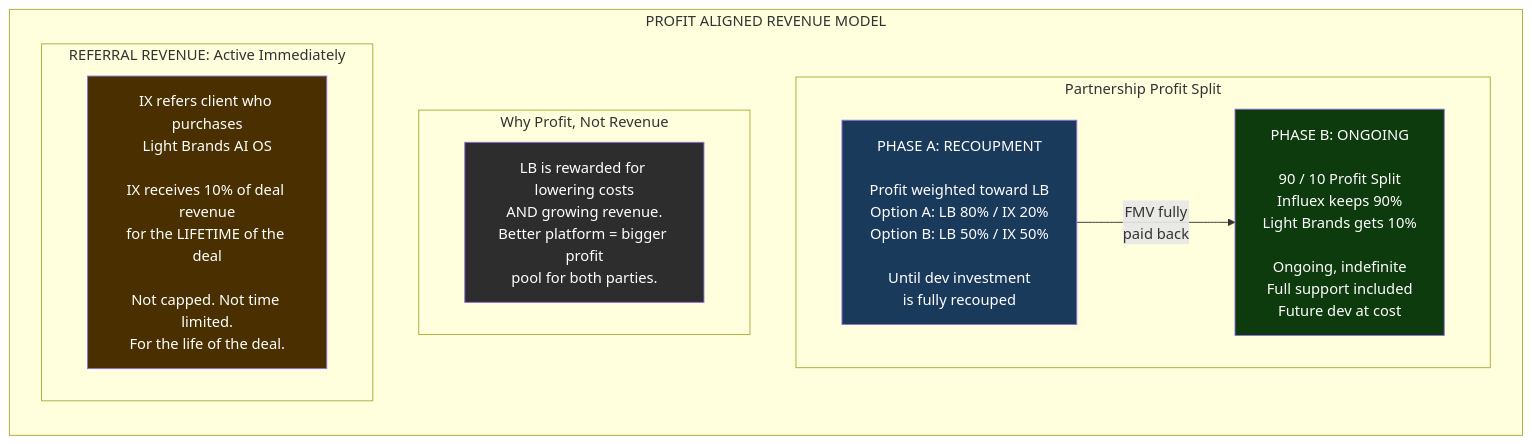
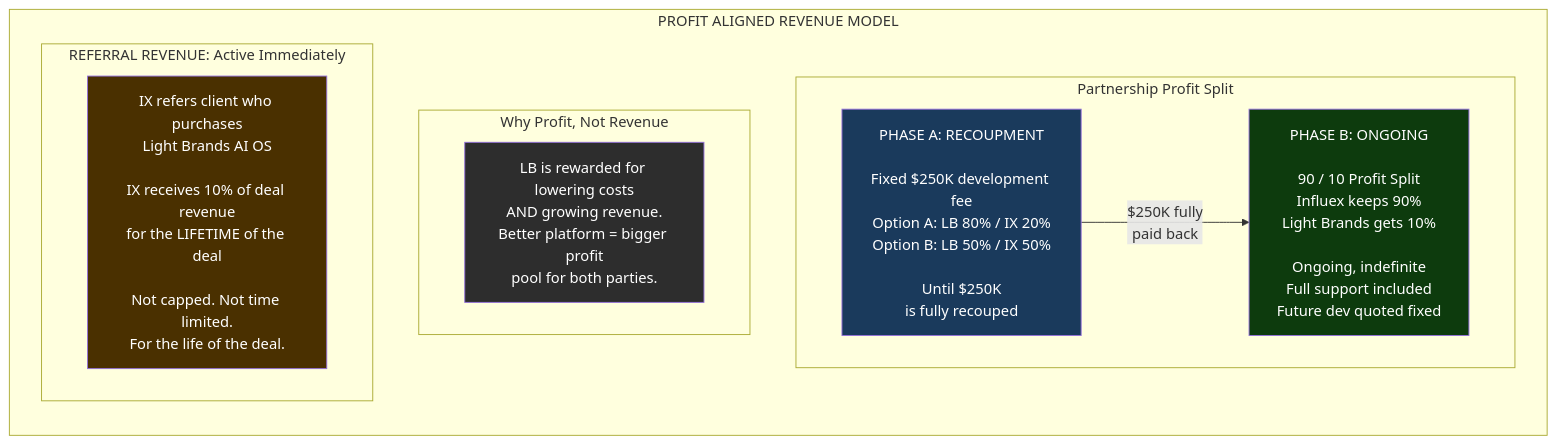
The sixth of 7 diagrams in legal-vault/proposals/influex-partnership-vision-2026-02-22.md (Light-Brands/qie), drawn with Mermaid before and after one commit. The commit also changed other lines of this file, not shown here.

First line of the commit message:
Set fixed $250K development fee, outcome-based pricing throughout

````diff
--- a/legal-vault/proposals/influex-partnership-vision-2026-02-22.md
+++ b/legal-vault/proposals/influex-partnership-vision-2026-02-22.md
@@ -353,26 +353,26 @@
 ```mermaid
 flowchart TB
   subgraph DEAL["PROFIT ALIGNED REVENUE MODEL"]
     direction TB
 
     subgraph PHASES["Partnership Profit Split"]
       direction LR
-      PA["PHASE A: RECOUPMENT\n\nProfit weighted toward LB\nOption A: LB 80% / IX 20%\nOption B: LB 50% / IX 50%\n\nUntil dev investment\nis fully recouped"]
-      PB["PHASE B: ONGOING\n\n90 / 10 Profit Split\nInfluex keeps 90%\nLight Brands gets 10%\n\nOngoing, indefinite\nFull support included\nFuture dev at cost"]
-      PA -->|"FMV fully\npaid back"| PB
+      PA["PHASE A: RECOUPMENT\n\nFixed $250K development fee\nOption A: LB 80% / IX 20%\nOption B: LB 50% / IX 50%\n\nUntil $250K\nis fully recouped"]
+      PB["PHASE B: ONGOING\n\n90 / 10 Profit Split\nInfluex keeps 90%\nLight Brands gets 10%\n\nOngoing, indefinite\nFull support included\nFuture dev quoted fixed"]
+      PA -->|"$250K fully\npaid back"| PB
     end
 
     subgraph WHY["Why Profit, Not Revenue"]
       W1["LB is rewarded for lowering costs\nAND growing revenue.\nBetter platform = bigger profit\npool for both parties."]
     end
 
     subgraph REF["REFERRAL REVENUE: Active Immediately"]
       R1["IX refers client who purchases\nLight Brands AI OS\n\nIX receives 10% of deal revenue\nfor the LIFETIME of the deal\n\nNot capped. Not time limited.\nFor the life of the deal."]
     end
   end
 
   style PA fill:#1a3a5c,color:#fff
   style PB fill:#0d3b0d,color:#fff
   style W1 fill:#2d2d2d,color:#fff
   style R1 fill:#4a3000,color:#fff
 ```
````
